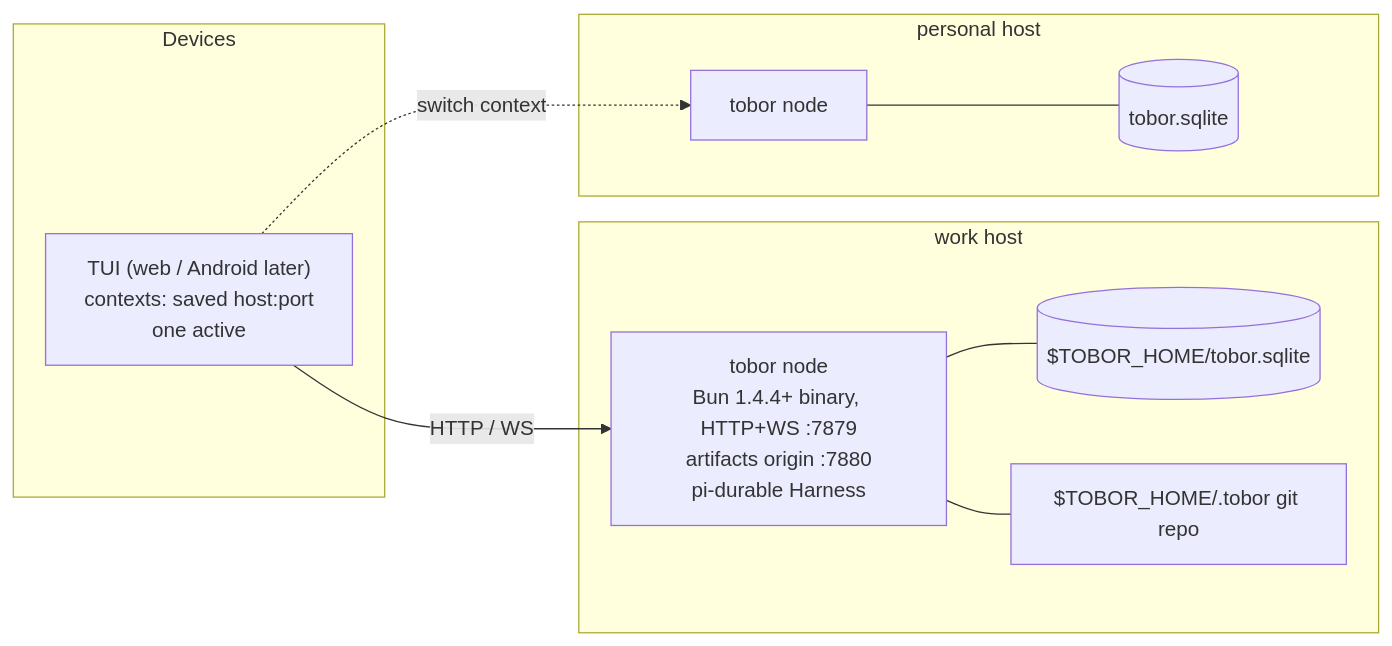
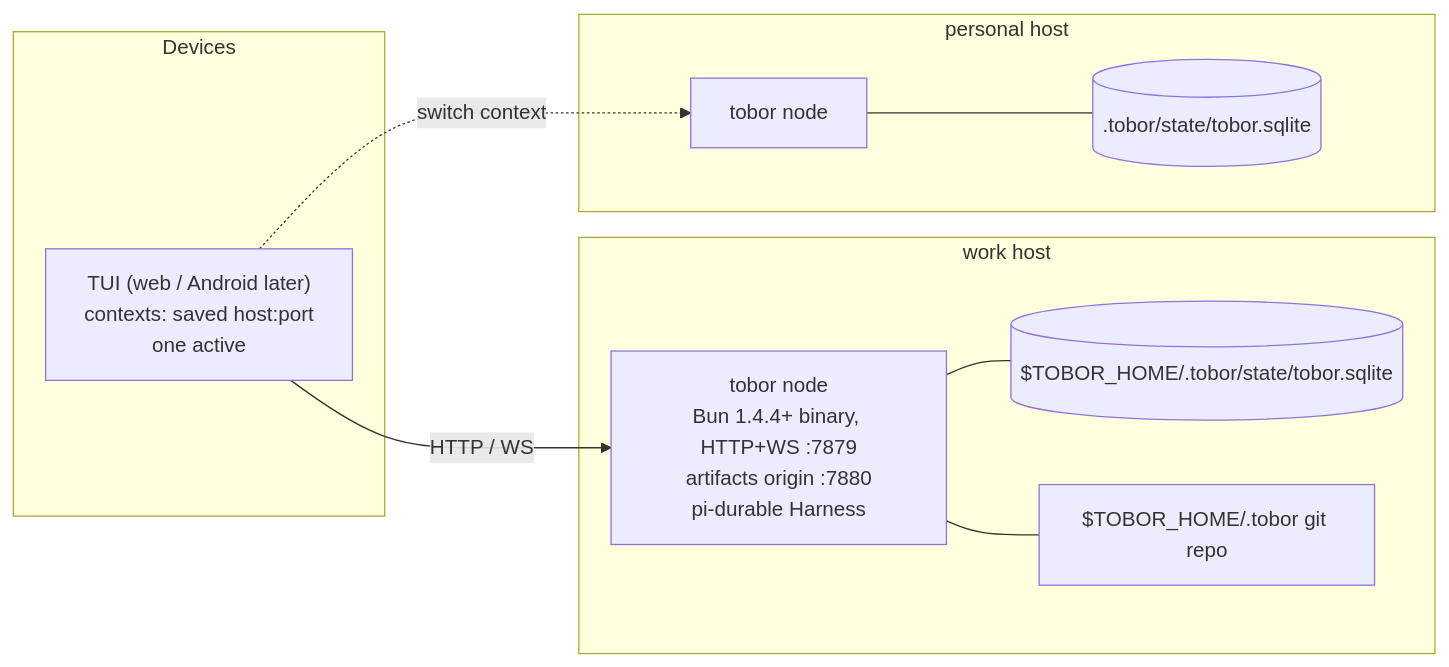
One commit to arjungandhi/tobor changed the first of 4 diagrams in design_doc_v3.md. Above: the diagram before and after it, drawn with Mermaid. The commit also changed other lines of this file, not shown here.

Commit message:
design doc: .tobor/state layout and migration

````diff
--- a/design_doc_v3.md
+++ b/design_doc_v3.md
@@ -86,20 +86,20 @@
 ```mermaid
 flowchart LR
     subgraph Devices
         APP["TUI (web / Android later)<br/>contexts: saved host:port<br/>one active"]
     end
     subgraph Work[work host]
         NW[tobor node<br/>Bun 1.4.4+ binary, HTTP+WS :7879<br/>artifacts origin :7880<br/>pi-durable Harness]
-        DBW[($TOBOR_HOME/tobor.sqlite)]
+        DBW[($TOBOR_HOME/.tobor/state/tobor.sqlite)]
         AGW[$TOBOR_HOME/.tobor git repo]
         NW --- DBW
         NW --- AGW
     end
     subgraph Personal[personal host]
         NP[tobor node]
-        DBP[(tobor.sqlite)]
+        DBP[(.tobor/state/tobor.sqlite)]
         NP --- DBP
     end
     APP -- HTTP / WS --> NW
     APP -. switch context .-> NP
 ```
````
